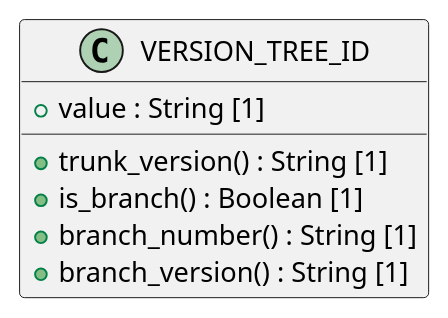
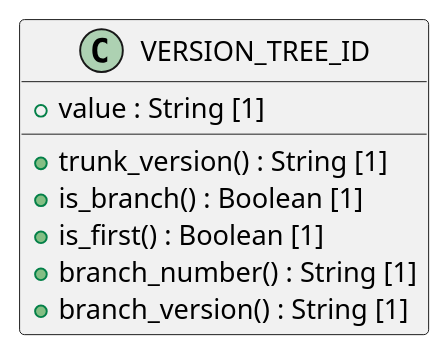
The diagram in code/Adoc/openehr_base_1.3.0/plantUML/classes/version_tree_id.adoc (sebastian-iancu/code-generator), drawn with PlantUML before and after one commit. The commit also changed 421 other files, not shown here.

```diff
--- a/code/Adoc/openehr_base_1.3.0/plantUML/classes/version_tree_id.adoc
+++ b/code/Adoc/openehr_base_1.3.0/plantUML/classes/version_tree_id.adoc
@@ -1,15 +1,16 @@
 [plantuml,VERSION_TREE_ID,format=svg]
 -----
 @startuml
 
 class VERSION_TREE_ID {
   + value : String [1]
   + trunk_version() : String [1]
   + is_branch() : Boolean [1]
+  + is_first() : Boolean [1]
   + branch_number() : String [1]
   + branch_version() : String [1]
 }
 
 
 @enduml
 -----
```
